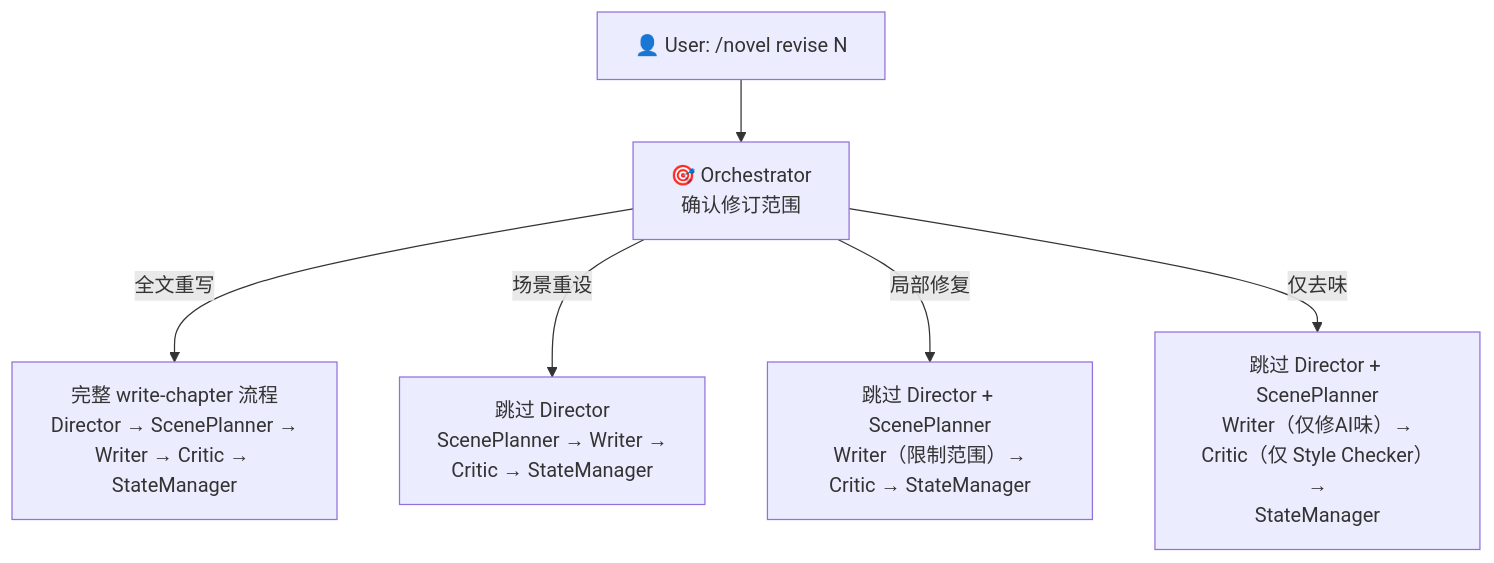
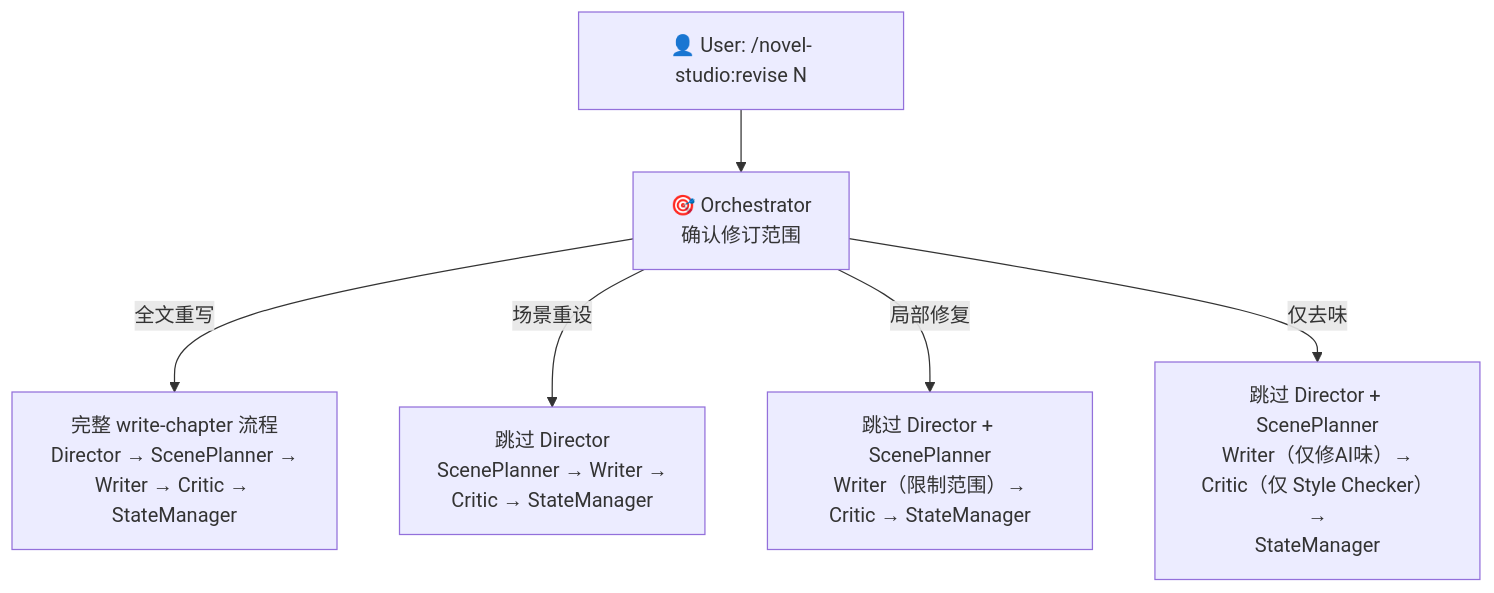
Before and after one commit to deathwhispers/novel-studio: the first of 5 diagrams in workflows/revise-chapter.md, drawn with Mermaid. The commit also changed 24 other files, not shown here.

````diff
--- a/workflows/revise-chapter.md
+++ b/workflows/revise-chapter.md
@@ -11,12 +11,12 @@
 ```mermaid
 flowchart TD
-    User["👤 User: /novel revise N"]
+    User["👤 User: /novel-studio:revise N"]
     Orchestrator["🎯 Orchestrator<br/>确认修订范围"]
 
     User --> Orchestrator
 
     Orchestrator -->|"全文重写"| Full["完整 write-chapter 流程<br/>Director → ScenePlanner →<br/>Writer → Critic → StateManager"]
     Orchestrator -->|"场景重设"| SceneReset["跳过 Director<br/>ScenePlanner → Writer →<br/>Critic → StateManager"]
     Orchestrator -->|"局部修复"| LocalFix["跳过 Director + ScenePlanner<br/>Writer（限制范围）→<br/>Critic → StateManager"]
     Orchestrator -->|"仅去味"| DeFlavor["跳过 Director + ScenePlanner<br/>Writer（仅修AI味）→<br/>Critic（仅 Style Checker）→<br/>StateManager"]
 ```
````
